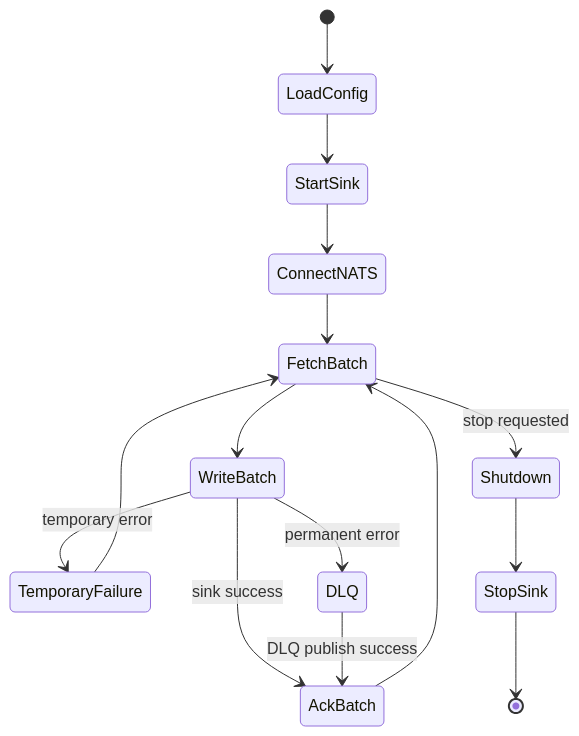
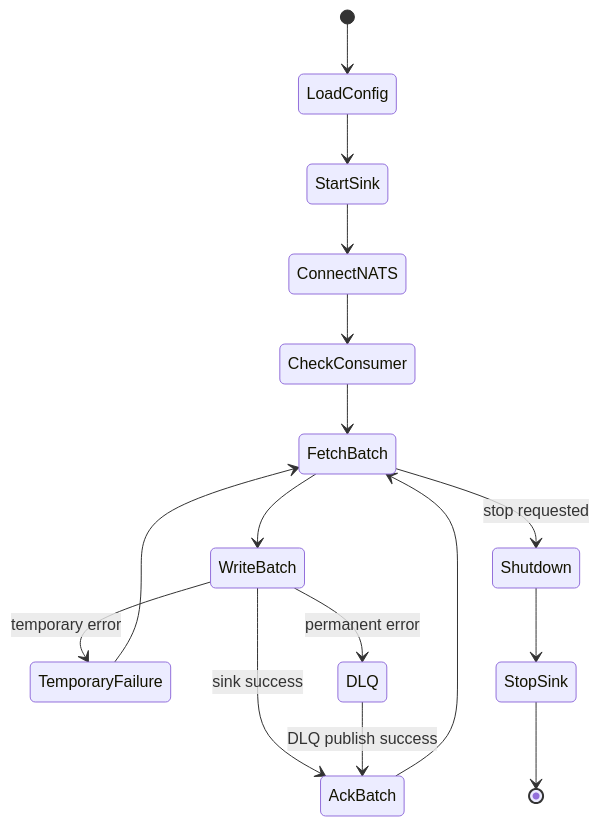
Before and after one commit to ProjectCuillin/nats-sinks: the diagram in docs/operations.md, drawn with Mermaid. The commit also changed other lines of this file and 24 other files, not shown here.

````diff
--- a/docs/operations.md
+++ b/docs/operations.md
@@ -75,17 +89,18 @@
 ```mermaid
 stateDiagram-v2
     [*] --> LoadConfig
     LoadConfig --> StartSink
     StartSink --> ConnectNATS
-    ConnectNATS --> FetchBatch
+    ConnectNATS --> CheckConsumer
+    CheckConsumer --> FetchBatch
     FetchBatch --> WriteBatch
     WriteBatch --> AckBatch: sink success
     WriteBatch --> TemporaryFailure: temporary error
     WriteBatch --> DLQ: permanent error
     TemporaryFailure --> FetchBatch
     DLQ --> AckBatch: DLQ publish success
     AckBatch --> FetchBatch
     FetchBatch --> Shutdown: stop requested
     Shutdown --> StopSink
     StopSink --> [*]
 ```
````
